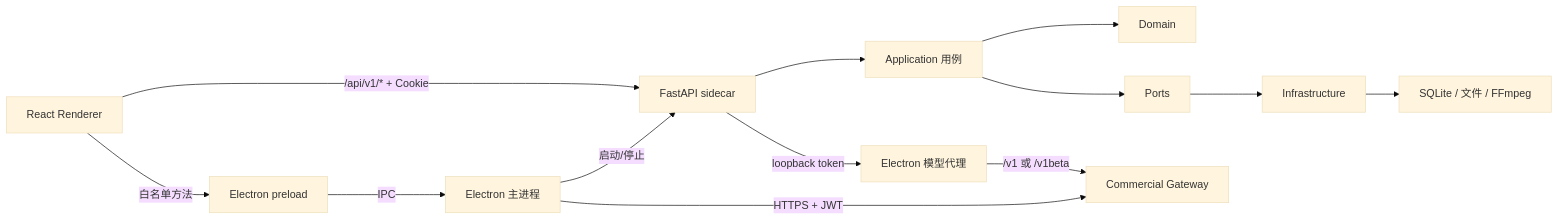
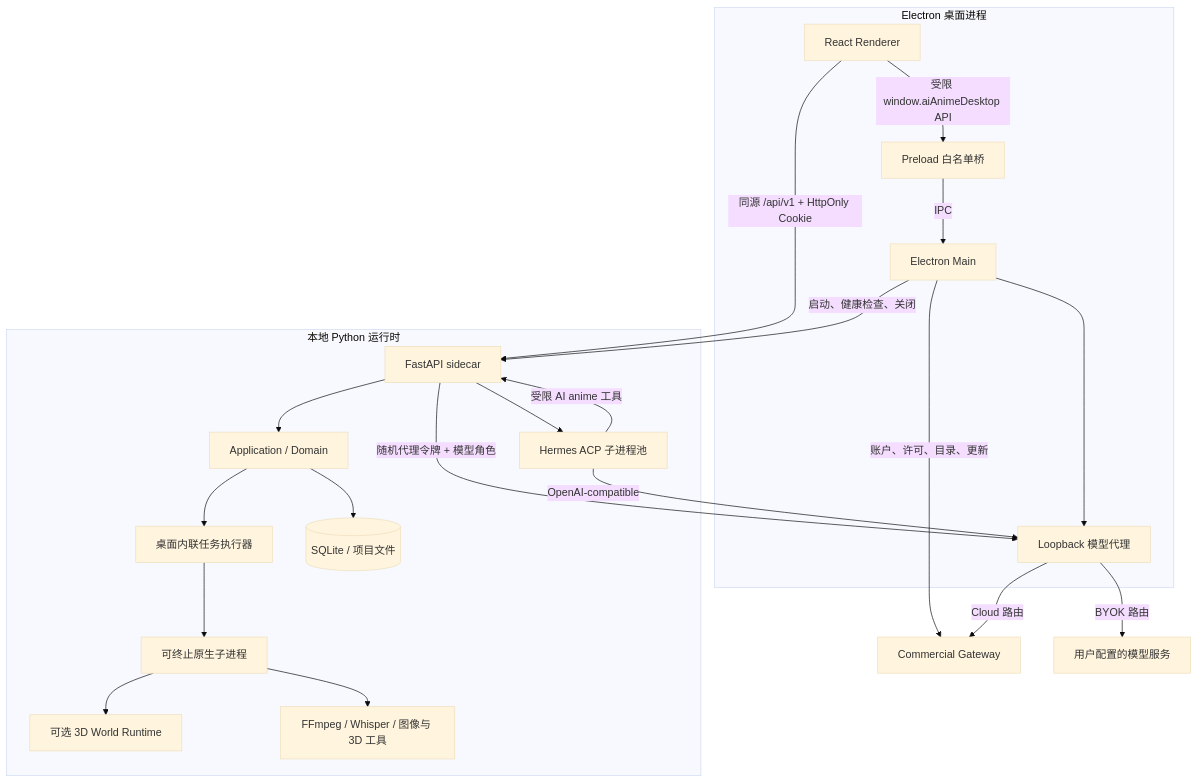
Before and after one commit to alanbulan/aianime: the diagram in README.md, drawn with Mermaid (base theme). The commit also changed other lines of this file and 407 other files, not shown here.

````diff
--- a/README.md
+++ b/README.md
@@ -42,15 +48,40 @@
 ```mermaid
-flowchart LR
-    UI[React Renderer] -->|白名单方法| Preload[Electron preload]
-    Preload -->|IPC| Main[Electron 主进程]
-    Main -->|启动/停止| API[FastAPI sidecar]
-    UI -->|/api/v1/* + Cookie| API
-    API --> App[Application 用例]
-    App --> Domain[Domain]
-    App --> Ports[Ports]
-    Ports --> Infra[Infrastructure]
-    Infra --> Local[SQLite / 文件 / FFmpeg]
-    Main -->|HTTPS + JWT| Gateway[Commercial Gateway]
-    API -->|loopback token| Proxy[Electron 模型代理]
-    Proxy -->|/v1 或 /v1beta| Gateway
+flowchart TB
+    subgraph Desktop[Electron 桌面进程]
+        UI[React Renderer]
+        Preload[Preload 白名单桥]
+        Main[Electron Main]
+        Proxy[Loopback 模型代理]
+        UI -->|受限 window.aiAnimeDesktop API| Preload
+        Preload -->|IPC| Main
+        Main --> Proxy
+    end
+
+    subgraph Local[本地 Python 运行时]
+        API[FastAPI sidecar]
+        App[Application / Domain]
+        Tasks[桌面内联任务执行器]
+        Native[可终止原生子进程]
+        Hermes[Hermes ACP 子进程池]
+        World[可选 3D World Runtime]
+        Store[(SQLite / 项目文件)]
+        Media[FFmpeg / Whisper / 图像与 3D 工具]
+        API --> App
+        App --> Store
+        App --> Tasks
+        Tasks --> Native
+        Native --> Media
+        Native --> World
+        API --> Hermes
+        Hermes -->|受限 AI anime 工具| API
+    end
+
+    UI -->|同源 /api/v1 + HttpOnly Cookie| API
+    Main -->|启动、健康检查、关闭| API
+    API -->|随机代理令牌 + 模型角色| Proxy
+    Hermes -->|OpenAI-compatible| Proxy
+
+    Main -->|账户、许可、目录、更新| Gateway[Commercial Gateway]
+    Proxy -->|Cloud 路由| Gateway
+    Proxy -->|BYOK 路由| Provider[用户配置的模型服务]
 ```
````
